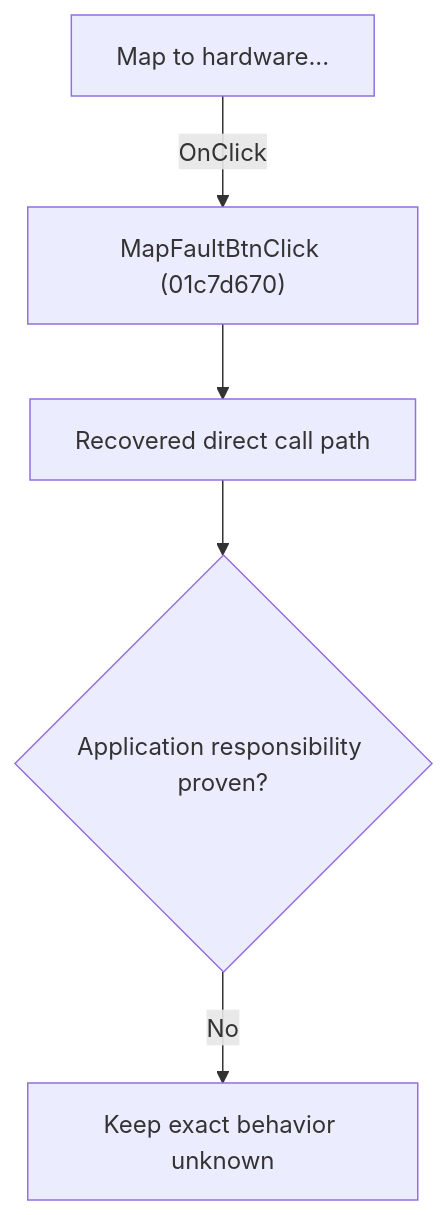
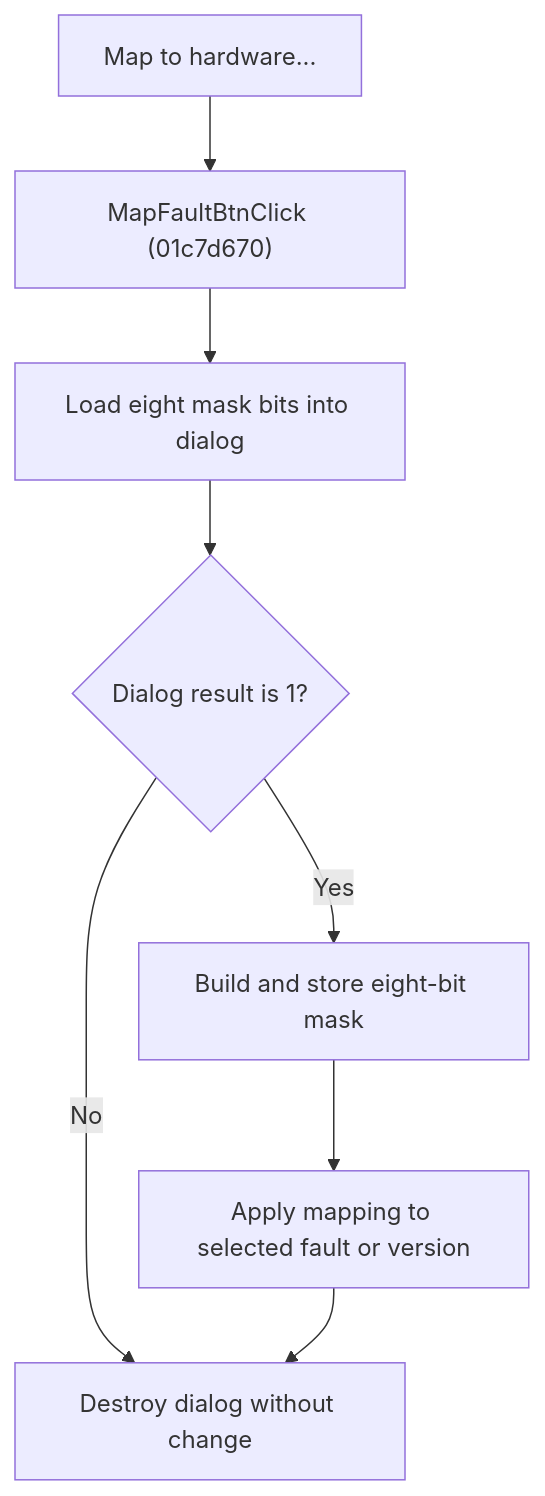
The diagram in docs/ui-controls/schematiceditor/mapfaultbtn-04f2cafdde.md (MovGP0/TIARA), drawn with Mermaid before and after one commit. The commit also changed other lines of this file and 241 other files, not shown here.

````diff
--- a/docs/ui-controls/schematiceditor/mapfaultbtn-04f2cafdde.md
+++ b/docs/ui-controls/schematiceditor/mapfaultbtn-04f2cafdde.md
@@ -27,7 +20,10 @@
 ```mermaid
 flowchart TD
-    control["Map to hardware..."] -->|"OnClick"| handler["MapFaultBtnClick (01c7d670)"]
-    handler --> recovered["Recovered direct call path"]
-    recovered --> gap{"Application responsibility proven?"}
-    gap -->|"No"| blocked["Keep exact behavior unknown"]
+    control["Map to hardware..."] --> handler["MapFaultBtnClick (01c7d670)"]
+    handler --> load["Load eight mask bits into dialog"]
+    load --> modal{"Dialog result is 1?"}
+    modal -->|"No"| close["Destroy dialog without change"]
+    modal -->|"Yes"| save["Build and store eight-bit mask"]
+    save --> apply["Apply mapping to selected fault or version"]
+    apply --> close
 ```
````
